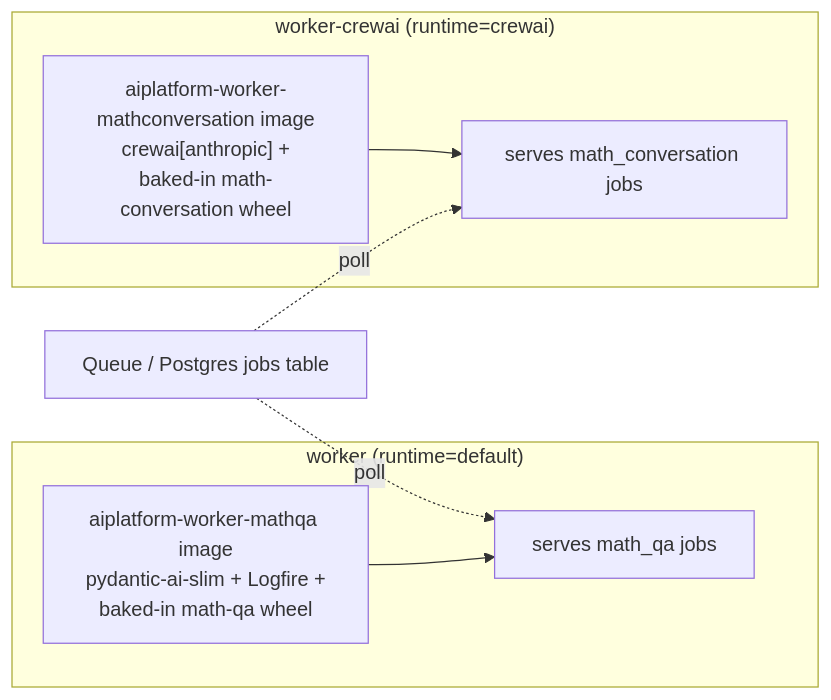
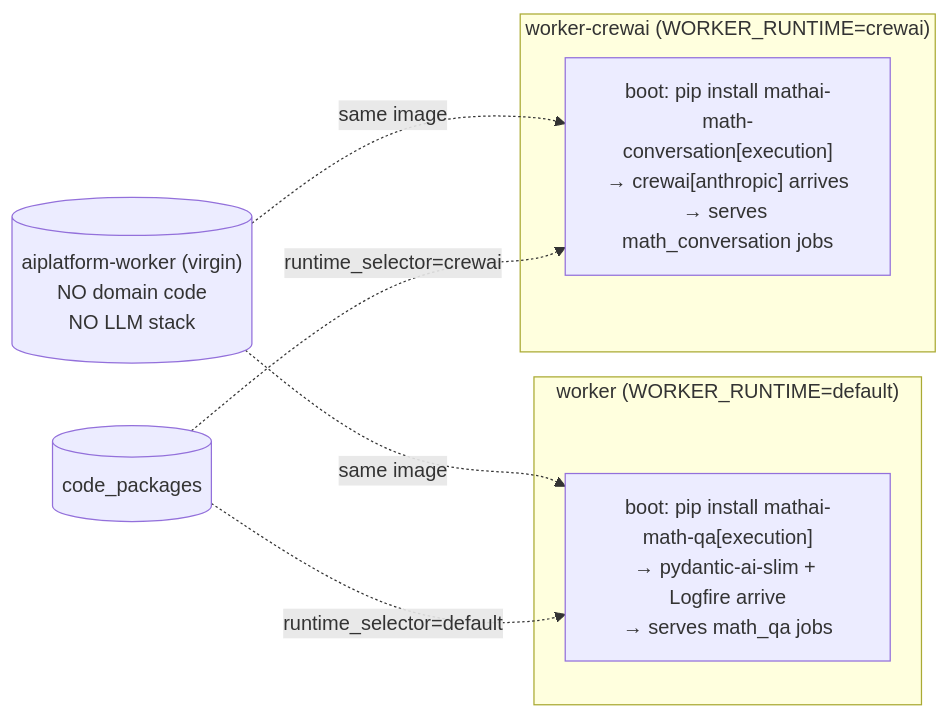
One commit to sepoul/ai-platform changed the fifth of 6 diagrams in docs/architecture.md. Above: the diagram before and after it, drawn with Mermaid. The commit also changed other lines of this file and 6 other files, not shown here.

````diff
--- a/docs/architecture.md
+++ b/docs/architecture.md
@@ -263,15 +267,17 @@
 ```mermaid
 graph LR
-    subgraph d["worker (runtime=default)"]
-        Dimage["aiplatform-worker-mathqa image<br/>pydantic-ai-slim + Logfire +<br/>baked-in math-qa wheel"]
-        Dimage --> Drun["serves math_qa jobs"]
+    Image[("aiplatform-worker (virgin)<br/>NO domain code<br/>NO LLM stack")]
+
+    subgraph d["worker (WORKER_RUNTIME=default)"]
+        Drun["boot: pip install mathai-math-qa[execution]<br/>→ pydantic-ai-slim + Logfire arrive<br/>→ serves math_qa jobs"]
     end
 
-    subgraph c["worker-crewai (runtime=crewai)"]
-        Cimage["aiplatform-worker-mathconversation image<br/>crewai[anthropic] +<br/>baked-in math-conversation wheel"]
-        Cimage --> Crun["serves math_conversation jobs"]
+    subgraph c["worker-crewai (WORKER_RUNTIME=crewai)"]
+        Crun["boot: pip install mathai-math-conversation[execution]<br/>→ crewai[anthropic] arrives<br/>→ serves math_conversation jobs"]
     end
 
-    Q[Queue / Postgres jobs table] -.poll.-> Drun
-    Q -.poll.-> Crun
+    Image -.same image.-> Drun
+    Image -.same image.-> Crun
+    Cat[(code_packages)] -.runtime_selector=default.-> Drun
+    Cat -.runtime_selector=crewai.-> Crun
 ```
````
